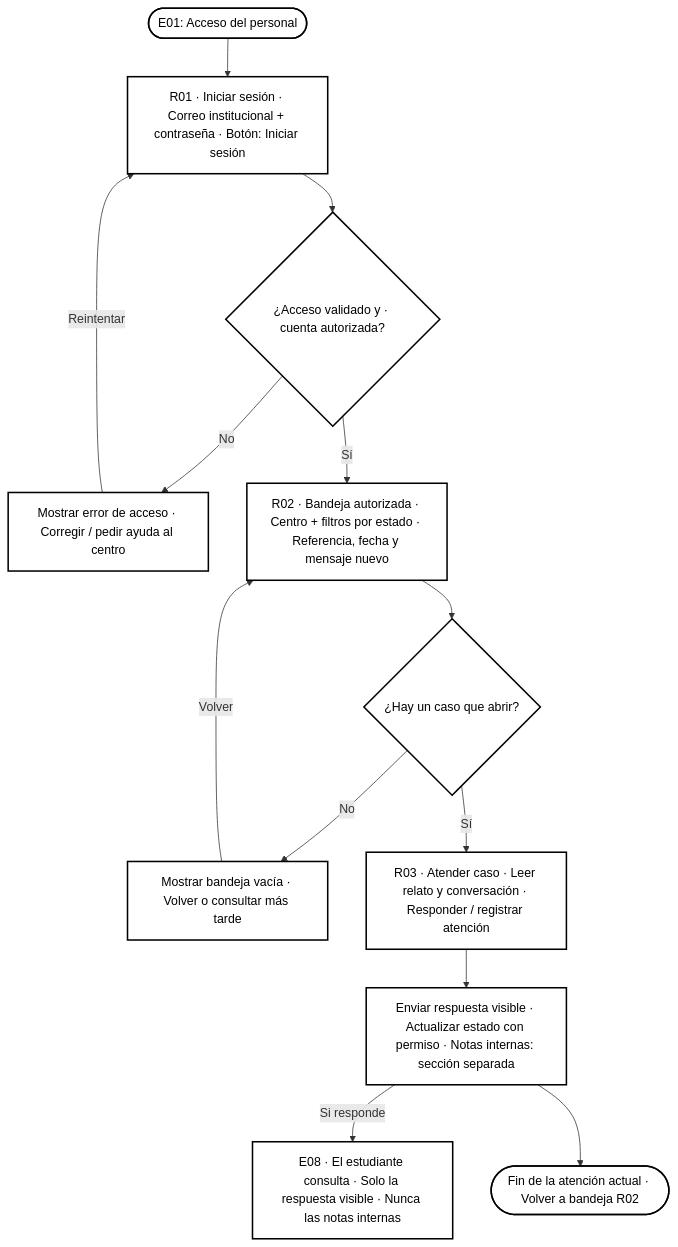
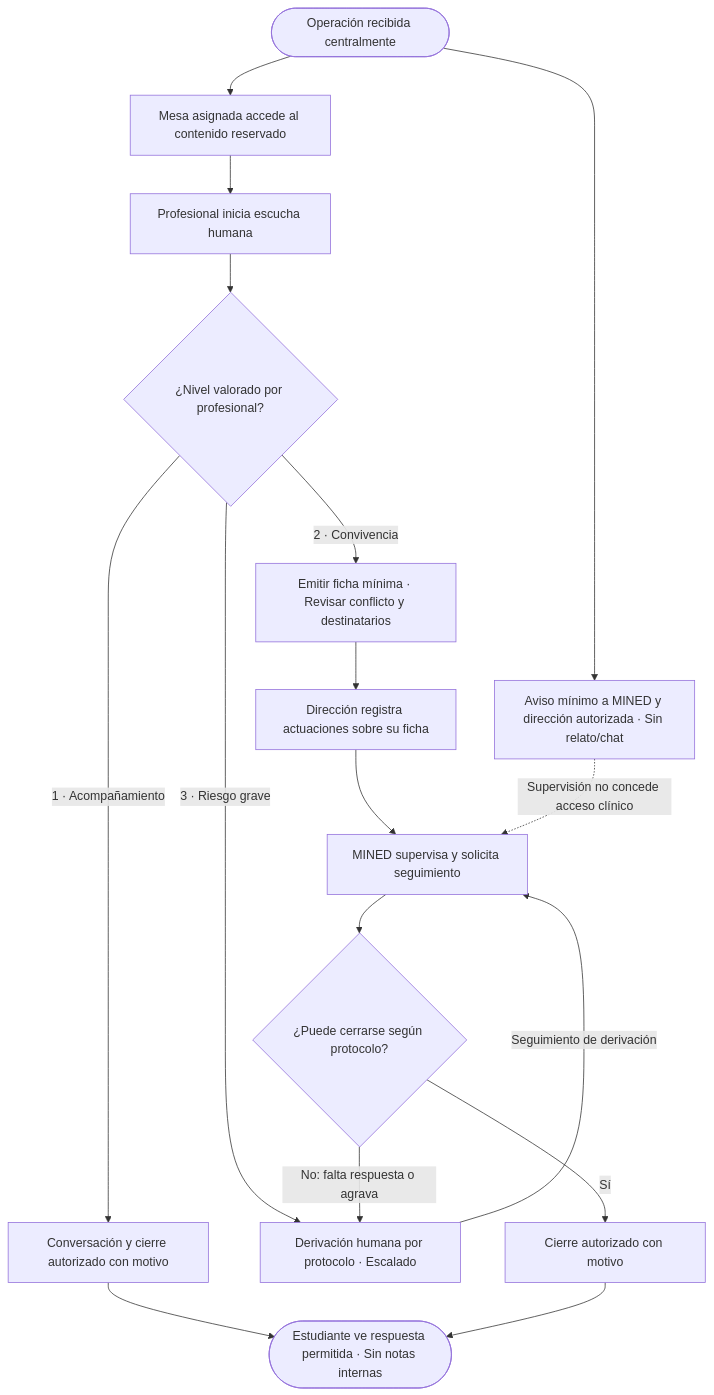
The fourth of 7 diagrams in docs/diseno/flujos/README.md (JaBaca67/Setu-Unicef-Bugnuelitos-UAM), drawn with Mermaid before and after one commit. The commit also changed other lines of this file and 12 other files, not shown here.

Commit message:
docs: actualizar siete flujos Mermaid y retirar vistas obsoletas

````diff
--- a/docs/diseno/flujos/README.md
+++ b/docs/diseno/flujos/README.md
@@ -127,28 +74,19 @@
 ```mermaid
 flowchart TD
-    start(["E01: Acceso del personal"])
-    login["R01 · Iniciar sesión · Correo institucional + contraseña · Botón: Iniciar sesión"]
-    valid{"¿Acceso validado y · cuenta autorizada?"}
-    error["Mostrar error de acceso · Corregir / pedir ayuda al centro"]
-    inbox["R02 · Bandeja autorizada · Centro + filtros por estado · Referencia, fecha y mensaje nuevo"]
-    cases{"¿Hay un caso que abrir?"}
-    empty["Mostrar bandeja vacía · Volver o consultar más tarde"]
-    case["R03 · Atender caso · Leer relato y conversación · Responder / registrar atención"]
-    answer["Enviar respuesta visible · Actualizar estado con permiso · Notas internas: sección separada"]
-    student["E08 · El estudiante consulta · Solo la respuesta visible · Nunca las notas internas"]
-    finish(["Fin de la atención actual · Volver a bandeja R02"])
-    start --> login
-    login --> valid
-    valid -->|"No"| error
-    error -->|"Reintentar"| login
-    valid -->|"Sí"| inbox
-    inbox --> cases
-    cases -->|"No"| empty
-    empty -->|"Volver"| inbox
-    cases -->|"Sí"| case
-    case --> answer
-    answer -->|"Si responde"| student
-    answer --> finish
-    classDef plain fill:#fff,stroke:#000,color:#000,stroke-width:2px;
-    class start,login,valid,error,inbox,cases,empty,case,answer,student,finish plain;
+    A(["Operación recibida centralmente"]) --> B["Aviso mínimo a MINED y dirección autorizada · Sin relato/chat"]
+    A --> C["Mesa asignada accede al contenido reservado"]
+    C --> D["Profesional inicia escucha humana"]
+    D --> E{"¿Nivel valorado por profesional?"}
+    E -->|"1 · Acompañamiento"| F["Conversación y cierre autorizado con motivo"]
+    E -->|"2 · Convivencia"| G["Emitir ficha mínima · Revisar conflicto y destinatarios"]
+    E -->|"3 · Riesgo grave"| H["Derivación humana por protocolo · Escalado"]
+    G --> I["Dirección registra actuaciones sobre su ficha"]
+    I --> J["MINED supervisa y solicita seguimiento"]
+    J --> K{"¿Puede cerrarse según protocolo?"}
+    K -->|"Sí"| L["Cierre autorizado con motivo"]
+    K -->|"No: falta respuesta o agrava"| H
+    H -->|"Seguimiento de derivación"| J
+    F --> M(["Estudiante ve respuesta permitida · Sin notas internas"])
+    L --> M
+    B -.->|"Supervisión no concede acceso clínico"| J
 ```
````
